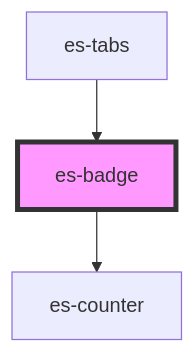
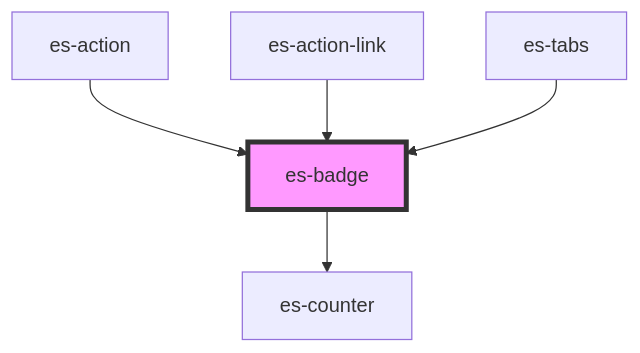
One commit to EventStore/Design-System changed the diagram in packages/components/src/components/es-badge/readme.md. Above: the diagram before and after it, drawn with Mermaid. The commit also changed other lines of this file and 44 other files, not shown here.

````diff
--- a/packages/components/src/components/es-badge/readme.md
+++ b/packages/components/src/components/es-badge/readme.md
@@ -128,6 +130,8 @@
 ```mermaid
 graph TD;
   es-badge --> es-counter
+  es-action --> es-badge
+  es-action-link --> es-badge
   es-tabs --> es-badge
   style es-badge fill:#f9f,stroke:#333,stroke-width:4px
 ```
````
